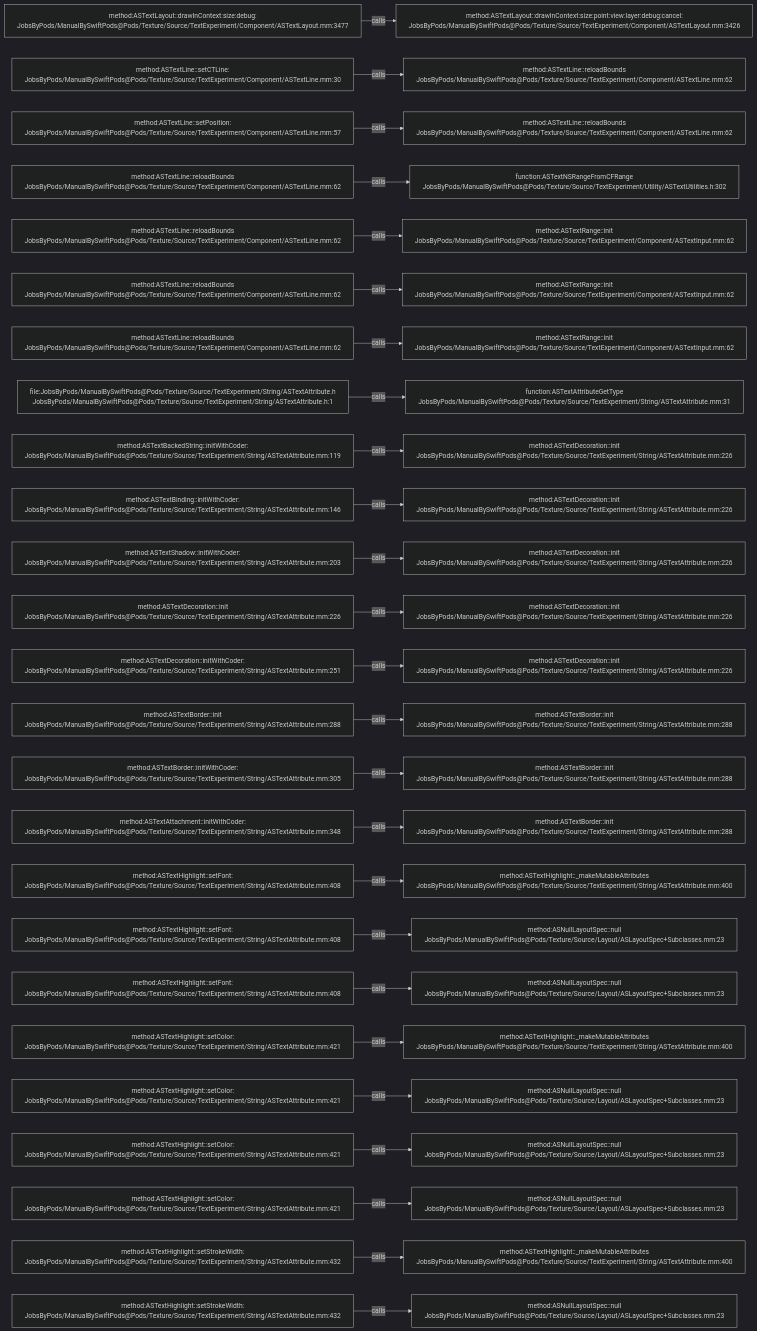
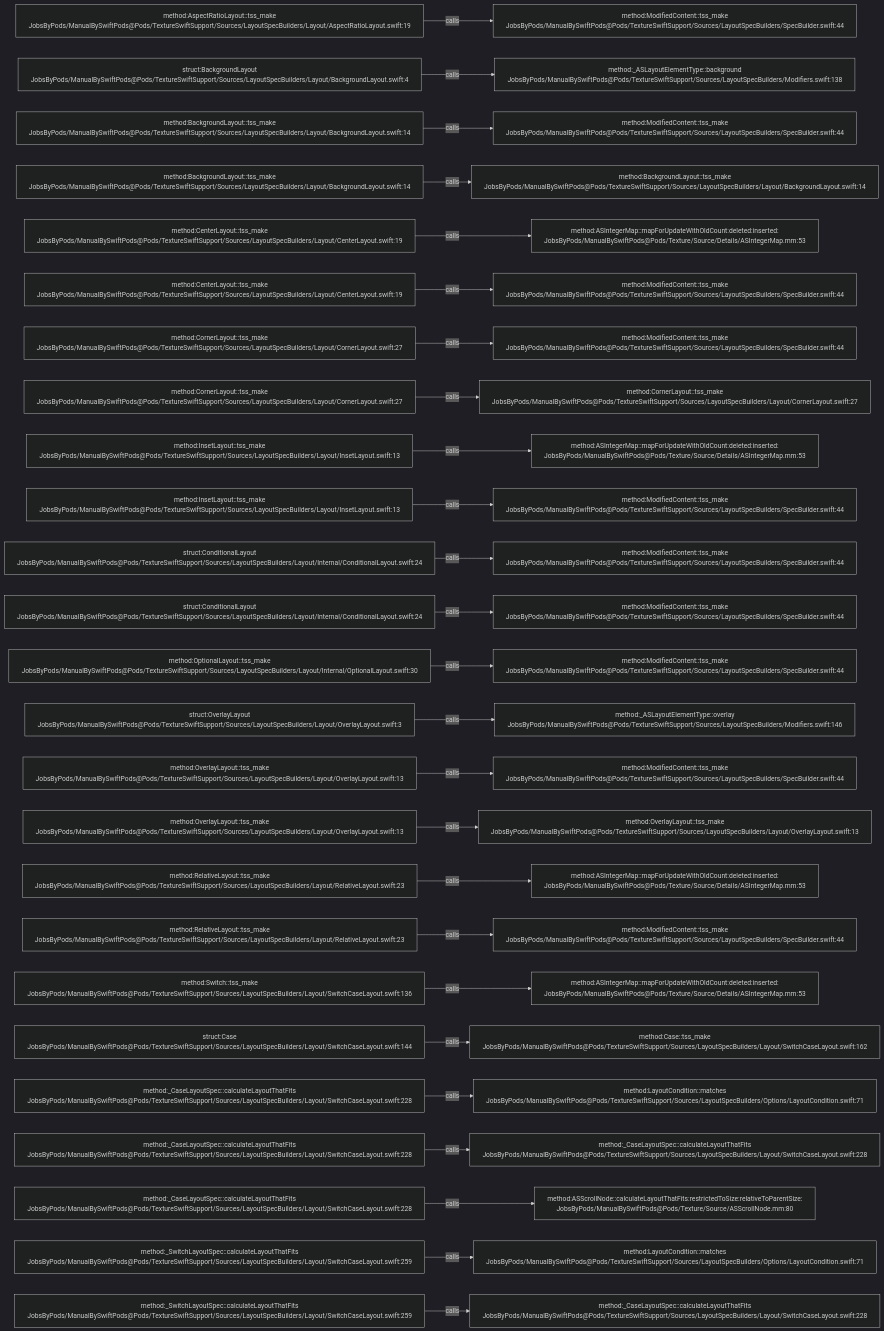
Before and after one commit to JobsKits/JobsSwiftBaseConfigDemo: the diagram in .codegraph/codegraph.md/graphs/calls-157.md, drawn with Mermaid (dark theme). The commit also changed 832 other files, not shown here.

````diff
--- a/.codegraph/codegraph.md/graphs/calls-157.md
+++ b/.codegraph/codegraph.md/graphs/calls-157.md
@@ -13,78 +13,78 @@
 ```mermaid
 flowchart LR
-  S1["method:ASTextLayout::drawInContext:size:debug:<br/>JobsByPods/ManualBySwiftPods@Pods/Texture/Source/TextExperiment/Component/ASTextLayout.mm:3477"]
-  T1["method:ASTextLayout::drawInContext:size:point:view:layer:debug:cancel:<br/>JobsByPods/ManualBySwiftPods@Pods/Texture/Source/TextExperiment/Component/ASTextLayout.mm:3426"]
+  S1["method:AspectRatioLayout::tss_make<br/>JobsByPods/ManualBySwiftPods@Pods/TextureSwiftSupport/Sources/LayoutSpecBuilders/Layout/AspectRatioLayout.swift:19"]
+  T1["method:ModifiedContent::tss_make<br/>JobsByPods/ManualBySwiftPods@Pods/TextureSwiftSupport/Sources/LayoutSpecBuilders/SpecBuilder.swift:44"]
   S1 -->|calls| T1
-  S2["method:ASTextLine::setCTLine:<br/>JobsByPods/ManualBySwiftPods@Pods/Texture/Source/TextExperiment/Component/ASTextLine.mm:30"]
-  T2["method:ASTextLine::reloadBounds<br/>JobsByPods/ManualBySwiftPods@Pods/Texture/Source/TextExperiment/Component/ASTextLine.mm:62"]
+  S2["struct:BackgroundLayout<br/>JobsByPods/ManualBySwiftPods@Pods/TextureSwiftSupport/Sources/LayoutSpecBuilders/Layout/BackgroundLayout.swift:4"]
+  T2["method:_ASLayoutElementType::background<br/>JobsByPods/ManualBySwiftPods@Pods/TextureSwiftSupport/Sources/LayoutSpecBuilders/Modifiers.swift:138"]
   S2 -->|calls| T2
-  S3["method:ASTextLine::setPosition:<br/>JobsByPods/ManualBySwiftPods@Pods/Texture/Source/TextExperiment/Component/ASTextLine.mm:57"]
-  T3["method:ASTextLine::reloadBounds<br/>JobsByPods/ManualBySwiftPods@Pods/Texture/Source/TextExperiment/Component/ASTextLine.mm:62"]
+  S3["method:BackgroundLayout::tss_make<br/>JobsByPods/ManualBySwiftPods@Pods/TextureSwiftSupport/Sources/LayoutSpecBuilders/Layout/BackgroundLayout.swift:14"]
+  T3["method:ModifiedContent::tss_make<br/>JobsByPods/ManualBySwiftPods@Pods/TextureSwiftSupport/Sources/LayoutSpecBuilders/SpecBuilder.swift:44"]
   S3 -->|calls| T3
-  S4["method:ASTextLine::reloadBounds<br/>JobsByPods/ManualBySwiftPods@Pods/Texture/Source/TextExperiment/Component/ASTextLine.mm:62"]
-  T4["function:ASTextNSRangeFromCFRange<br/>JobsByPods/ManualBySwiftPods@Pods/Texture/Source/TextExperiment/Utility/ASTextUtilities.h:302"]
+  S4["method:BackgroundLayout::tss_make<br/>JobsByPods/ManualBySwiftPods@Pods/TextureSwiftSupport/Sources/LayoutSpecBuilders/Layout/BackgroundLayout.swift:14"]
+  T4["method:BackgroundLayout::tss_make<br/>JobsByPods/ManualBySwiftPods@Pods/TextureSwiftSupport/Sources/LayoutSpecBuilders/Layout/BackgroundLayout.swift:14"]
   S4 -->|calls| T4
-  S5["method:ASTextLine::reloadBounds<br/>JobsByPods/ManualBySwiftPods@Pods/Texture/Source/TextExperiment/Component/ASTextLine.mm:62"]
-  T5["method:ASTextRange::init<br/>JobsByPods/ManualBySwiftPods@Pods/Texture/Source/TextExperiment/Component/ASTextInput.mm:62"]
+  S5["method:CenterLayout::tss_make<br/>JobsByPods/ManualBySwiftPods@Pods/TextureSwiftSupport/Sources/LayoutSpecBuilders/Layout/CenterLayout.swift:19"]
+  T5["method:ASIntegerMap::mapForUpdateWithOldCount:deleted:inserted:<br/>JobsByPods/ManualBySwiftPods@Pods/Texture/Source/Details/ASIntegerMap.mm:53"]
   S5 -->|calls| T5
-  S6["method:ASTextLine::reloadBounds<br/>JobsByPods/ManualBySwiftPods@Pods/Texture/Source/TextExperiment/Component/ASTextLine.mm:62"]
-  T6["method:ASTextRange::init<br/>JobsByPods/ManualBySwiftPods@Pods/Texture/Source/TextExperiment/Component/ASTextInput.mm:62"]
+  S6["method:CenterLayout::tss_make<br/>JobsByPods/ManualBySwiftPods@Pods/TextureSwiftSupport/Sources/LayoutSpecBuilders/Layout/CenterLayout.swift:19"]
+  T6["method:ModifiedContent::tss_make<br/>JobsByPods/ManualBySwiftPods@Pods/TextureSwiftSupport/Sources/LayoutSpecBuilders/SpecBuilder.swift:44"]
   S6 -->|calls| T6
-  S7["method:ASTextLine::reloadBounds<br/>JobsByPods/ManualBySwiftPods@Pods/Texture/Source/TextExperiment/Component/ASTextLine.mm:62"]
-  T7["method:ASTextRange::init<br/>JobsByPods/ManualBySwiftPods@Pods/Texture/Source/TextExperiment/Component/ASTextInput.mm:62"]
+  S7["method:CornerLayout::tss_make<br/>JobsByPods/ManualBySwiftPods@Pods/TextureSwiftSupport/Sources/LayoutSpecBuilders/Layout/CornerLayout.swift:27"]
+  T7["method:ModifiedContent::tss_make<br/>JobsByPods/ManualBySwiftPods@Pods/TextureSwiftSupport/Sources/LayoutSpecBuilders/SpecBuilder.swift:44"]
   S7 -->|calls| T7
-  S8["file:JobsByPods/ManualBySwiftPods@Pods/Texture/Source/TextExperiment/String/ASTextAttribute.h<br/>JobsByPods/ManualBySwiftPods@Pods/Texture/Source/TextExperiment/String/ASTextAttribute.h:1"]
-  T8["function:ASTextAttributeGetType<br/>JobsByPods/ManualBySwiftPods@Pods/Texture/Source/TextExperiment/String/ASTextAttribute.mm:31"]
+  S8["method:CornerLayout::tss_make<br/>JobsByPods/ManualBySwiftPods@Pods/TextureSwiftSupport/Sources/LayoutSpecBuilders/Layout/CornerLayout.swift:27"]
+  T8["method:CornerLayout::tss_make<br/>JobsByPods/ManualBySwiftPods@Pods/TextureSwiftSupport/Sources/LayoutSpecBuilders/Layout/CornerLayout.swift:27"]
   S8 -->|calls| T8
-  S9["method:ASTextBackedString::initWithCoder:<br/>JobsByPods/ManualBySwiftPods@Pods/Texture/Source/TextExperiment/String/ASTextAttribute.mm:119"]
-  T9["method:ASTextDecoration::init<br/>JobsByPods/ManualBySwiftPods@Pods/Texture/Source/TextExperiment/String/ASTextAttribute.mm:226"]
+  S9["method:InsetLayout::tss_make<br/>JobsByPods/ManualBySwiftPods@Pods/TextureSwiftSupport/Sources/LayoutSpecBuilders/Layout/InsetLayout.swift:13"]
+  T9["method:ASIntegerMap::mapForUpdateWithOldCount:deleted:inserted:<br/>JobsByPods/ManualBySwiftPods@Pods/Texture/Source/Details/ASIntegerMap.mm:53"]
   S9 -->|calls| T9
-  S10["method:ASTextBinding::initWithCoder:<br/>JobsByPods/ManualBySwiftPods@Pods/Texture/Source/TextExperiment/String/ASTextAttribute.mm:146"]
-  T10["method:ASTextDecoration::init<br/>JobsByPods/ManualBySwiftPods@Pods/Texture/Source/TextExperiment/String/ASTextAttribute.mm:226"]
+  S10["method:InsetLayout::tss_make<br/>JobsByPods/ManualBySwiftPods@Pods/TextureSwiftSupport/Sources/LayoutSpecBuilders/Layout/InsetLayout.swift:13"]
+  T10["method:ModifiedContent::tss_make<br/>JobsByPods/ManualBySwiftPods@Pods/TextureSwiftSupport/Sources/LayoutSpecBuilders/SpecBuilder.swift:44"]
   S10 -->|calls| T10
-  S11["method:ASTextShadow::initWithCoder:<br/>JobsByPods/ManualBySwiftPods@Pods/Texture/Source/TextExperiment/String/ASTextAttribute.mm:203"]
-  T11["method:ASTextDecoration::init<br/>JobsByPods/ManualBySwiftPods@Pods/Texture/Source/TextExperiment/String/ASTextAttribute.mm:226"]
+  S11["struct:ConditionalLayout<br/>JobsByPods/ManualBySwiftPods@Pods/TextureSwiftSupport/Sources/LayoutSpecBuilders/Layout/Internal/ConditionalLayout.swift:24"]
+  T11["method:ModifiedContent::tss_make<br/>JobsByPods/ManualBySwiftPods@Pods/TextureSwiftSupport/Sources/LayoutSpecBuilders/SpecBuilder.swift:44"]
   S11 -->|calls| T11
-  S12["method:ASTextDecoration::init<br/>JobsByPods/ManualBySwiftPods@Pods/Texture/Source/TextExperiment/String/ASTextAttribute.mm:226"]
-  T12["method:ASTextDecoration::init<br/>JobsByPods/ManualBySwiftPods@Pods/Texture/Source/TextExperiment/String/ASTextAttribute.mm:226"]
+  S12["struct:ConditionalLayout<br/>JobsByPods/ManualBySwiftPods@Pods/TextureSwiftSupport/Sources/LayoutSpecBuilders/Layout/Internal/ConditionalLayout.swift:24"]
+  T12["method:ModifiedContent::tss_make<br/>JobsByPods/ManualBySwiftPods@Pods/TextureSwiftSupport/Sources/LayoutSpecBuilders/SpecBuilder.swift:44"]
   S12 -->|calls| T12
-  S13["method:ASTextDecoration::initWithCoder:<br/>JobsByPods/ManualBySwiftPods@Pods/Texture/Source/TextExperiment/String/ASTextAttribute.mm:251"]
-  T13["method:ASTextDecoration::init<br/>JobsByPods/ManualBySwiftPods@Pods/Texture/Source/TextExperiment/String/ASTextAttribute.mm:226"]
+  S13["method:OptionalLayout::tss_make<br/>JobsByPods/ManualBySwiftPods@Pods/TextureSwiftSupport/Sources/LayoutSpecBuilders/Layout/Internal/OptionalLayout.swift:30"]
+  T13["method:ModifiedContent::tss_make<br/>JobsByPods/ManualBySwiftPods@Pods/TextureSwiftSupport/Sources/LayoutSpecBuilders/SpecBuilder.swift:44"]
   S13 -->|calls| T13
-  S14["method:ASTextBorder::init<br/>JobsByPods/ManualBySwiftPods@Pods/Texture/Source/TextExperiment/String/ASTextAttribute.mm:288"]
-  T14["method:ASTextBorder::init<br/>JobsByPods/ManualBySwiftPods@Pods/Texture/Source/TextExperiment/String/ASTextAttribute.mm:288"]
+  S14["struct:OverlayLayout<br/>JobsByPods/ManualBySwiftPods@Pods/TextureSwiftSupport/Sources/LayoutSpecBuilders/Layout/OverlayLayout.swift:3"]
+  T14["method:_ASLayoutElementType::overlay<br/>JobsByPods/ManualBySwiftPods@Pods/TextureSwiftSupport/Sources/LayoutSpecBuilders/Modifiers.swift:146"]
   S14 -->|calls| T14
-  S15["method:ASTextBorder::initWithCoder:<br/>JobsByPods/ManualBySwiftPods@Pods/Texture/Source/TextExperiment/String/ASTextAttribute.mm:305"]
-  T15["method:ASTextBorder::init<br/>JobsByPods/ManualBySwiftPods@Pods/Texture/Source/TextExperiment/String/ASTextAttribute.mm:288"]
+  S15["method:OverlayLayout::tss_make<br/>JobsByPods/ManualBySwiftPods@Pods/TextureSwiftSupport/Sources/LayoutSpecBuilders/Layout/OverlayLayout.swift:13"]
+  T15["method:ModifiedContent::tss_make<br/>JobsByPods/ManualBySwiftPods@Pods/TextureSwiftSupport/Sources/LayoutSpecBuilders/SpecBuilder.swift:44"]
   S15 -->|calls| T15
-  S16["method:ASTextAttachment::initWithCoder:<br/>JobsByPods/ManualBySwiftPods@Pods/Texture/Source/TextExperiment/String/ASTextAttribute.mm:348"]
-  T16["method:ASTextBorder::init<br/>JobsByPods/ManualBySwiftPods@Pods/Texture/Source/TextExperiment/String/ASTextAttribute.mm:288"]
+  S16["method:OverlayLayout::tss_make<br/>JobsByPods/ManualBySwiftPods@Pods/TextureSwiftSupport/Sources/LayoutSpecBuilders/Layout/OverlayLayout.swift:13"]
+  T16["method:OverlayLayout::tss_make<br/>JobsByPods/ManualBySwiftPods@Pods/TextureSwiftSupport/Sources/LayoutSpecBuilders/Layout/OverlayLayout.swift:13"]
   S16 -->|calls| T16
-  S17["method:ASTextHighlight::setFont:<br/>JobsByPods/ManualBySwiftPods@Pods/Texture/Source/TextExperiment/String/ASTextAttribute.mm:408"]
-  T17["method:ASTextHighlight::_makeMutableAttributes<br/>JobsByPods/ManualBySwiftPods@Pods/Texture/Source/TextExperiment/String/ASTextAttribute.mm:400"]
+  S17["method:RelativeLayout::tss_make<br/>JobsByPods/ManualBySwiftPods@Pods/TextureSwiftSupport/Sources/LayoutSpecBuilders/Layout/RelativeLayout.swift:23"]
+  T17["method:ASIntegerMap::mapForUpdateWithOldCount:deleted:inserted:<br/>JobsByPods/ManualBySwiftPods@Pods/Texture/Source/Details/ASIntegerMap.mm:53"]
   S17 -->|calls| T17
-  S18["method:ASTextHighlight::setFont:<br/>JobsByPods/ManualBySwiftPods@Pods/Texture/Source/TextExperiment/String/ASTextAttribute.mm:408"]
-  T18["method:ASNullLayoutSpec::null<br/>JobsByPods/ManualBySwiftPods@Pods/Texture/Source/Layout/ASLayoutSpec+Subclasses.mm:23"]
+  S18["method:RelativeLayout::tss_make<br/>JobsByPods/ManualBySwiftPods@Pods/TextureSwiftSupport/Sources/LayoutSpecBuilders/Layout/RelativeLayout.swift:23"]
+  T18["method:ModifiedContent::tss_make<br/>JobsByPods/ManualBySwiftPods@Pods/TextureSwiftSupport/Sources/LayoutSpecBuilders/SpecBuilder.swift:44"]
   S18 -->|calls| T18
-  S19["method:ASTextHighlight::setFont:<br/>JobsByPods/ManualBySwiftPods@Pods/Texture/Source/TextExperiment/String/ASTextAttribute.mm:408"]
-  T19["method:ASNullLayoutSpec::null<br/>JobsByPods/ManualBySwiftPods@Pods/Texture/Source/Layout/ASLayoutSpec+Subclasses.mm:23"]
+  S19["method:Switch::tss_make<br/>JobsByPods/ManualBySwiftPods@Pods/TextureSwiftSupport/Sources/LayoutSpecBuilders/Layout/SwitchCaseLayout.swift:136"]
+  T19["method:ASIntegerMap::mapForUpdateWithOldCount:deleted:inserted:<br/>JobsByPods/ManualBySwiftPods@Pods/Texture/Source/Details/ASIntegerMap.mm:53"]
   S19 -->|calls| T19
-  S20["method:ASTextHighlight::setColor:<br/>JobsByPods/ManualBySwiftPods@Pods/Texture/Source/TextExperiment/String/ASTextAttribute.mm:421"]
-  T20["method:ASTextHighlight::_makeMutableAttributes<br/>JobsByPods/ManualBySwiftPods@Pods/Texture/Source/TextExperiment/String/ASTextAttribute.mm:400"]
+  S20["struct:Case<br/>JobsByPods/ManualBySwiftPods@Pods/TextureSwiftSupport/Sources/LayoutSpecBuilders/Layout/SwitchCaseLayout.swift:144"]
+  T20["method:Case::tss_make<br/>JobsByPods/ManualBySwiftPods@Pods/TextureSwiftSupport/Sources/LayoutSpecBuilders/Layout/SwitchCaseLayout.swift:162"]
   S20 -->|calls| T20
-  S21["method:ASTextHighlight::setColor:<br/>JobsByPods/ManualBySwiftPods@Pods/Texture/Source/TextExperiment/String/ASTextAttribute.mm:421"]
-  T21["method:ASNullLayoutSpec::null<br/>JobsByPods/ManualBySwiftPods@Pods/Texture/Source/Layout/ASLayoutSpec+Subclasses.mm:23"]
+  S21["method:_CaseLayoutSpec::calculateLayoutThatFits<br/>JobsByPods/ManualBySwiftPods@Pods/TextureSwiftSupport/Sources/LayoutSpecBuilders/Layout/SwitchCaseLayout.swift:228"]
+  T21["method:LayoutCondition::matches<br/>JobsByPods/ManualBySwiftPods@Pods/TextureSwiftSupport/Sources/LayoutSpecBuilders/Options/LayoutCondition.swift:71"]
   S21 -->|calls| T21
-  S22["method:ASTextHighlight::setColor:<br/>JobsByPods/ManualBySwiftPods@Pods/Texture/Source/TextExperiment/String/ASTextAttribute.mm:421"]
-  T22["method:ASNullLayoutSpec::null<br/>JobsByPods/ManualBySwiftPods@Pods/Texture/Source/Layout/ASLayoutSpec+Subclasses.mm:23"]
+  S22["method:_CaseLayoutSpec::calculateLayoutThatFits<br/>JobsByPods/ManualBySwiftPods@Pods/TextureSwiftSupport/Sources/LayoutSpecBuilders/Layout/SwitchCaseLayout.swift:228"]
+  T22["method:_CaseLayoutSpec::calculateLayoutThatFits<br/>JobsByPods/ManualBySwiftPods@Pods/TextureSwiftSupport/Sources/LayoutSpecBuilders/Layout/SwitchCaseLayout.swift:228"]
   S22 -->|calls| T22
-  S23["method:ASTextHighlight::setColor:<br/>JobsByPods/ManualBySwiftPods@Pods/Texture/Source/TextExperiment/String/ASTextAttribute.mm:421"]
-  T23["method:ASNullLayoutSpec::null<br/>JobsByPods/ManualBySwiftPods@Pods/Texture/Source/Layout/ASLayoutSpec+Subclasses.mm:23"]
+  S23["method:_CaseLayoutSpec::calculateLayoutThatFits<br/>JobsByPods/ManualBySwiftPods@Pods/TextureSwiftSupport/Sources/LayoutSpecBuilders/Layout/SwitchCaseLayout.swift:228"]
+  T23["method:ASScrollNode::calculateLayoutThatFits:restrictedToSize:relativeToParentSize:<br/>JobsByPods/ManualBySwiftPods@Pods/Texture/Source/ASScrollNode.mm:80"]
   S23 -->|calls| T23
-  S24["method:ASTextHighlight::setStrokeWidth:<br/>JobsByPods/ManualBySwiftPods@Pods/Texture/Source/TextExperiment/String/ASTextAttribute.mm:432"]
-  T24["method:ASTextHighlight::_makeMutableAttributes<br/>JobsByPods/ManualBySwiftPods@Pods/Texture/Source/TextExperiment/String/ASTextAttribute.mm:400"]
+  S24["method:_SwitchLayoutSpec::calculateLayoutThatFits<br/>JobsByPods/ManualBySwiftPods@Pods/TextureSwiftSupport/Sources/LayoutSpecBuilders/Layout/SwitchCaseLayout.swift:259"]
+  T24["method:LayoutCondition::matches<br/>JobsByPods/ManualBySwiftPods@Pods/TextureSwiftSupport/Sources/LayoutSpecBuilders/Options/LayoutCondition.swift:71"]
   S24 -->|calls| T24
-  S25["method:ASTextHighlight::setStrokeWidth:<br/>JobsByPods/ManualBySwiftPods@Pods/Texture/Source/TextExperiment/String/ASTextAttribute.mm:432"]
-  T25["method:ASNullLayoutSpec::null<br/>JobsByPods/ManualBySwiftPods@Pods/Texture/Source/Layout/ASLayoutSpec+Subclasses.mm:23"]
+  S25["method:_SwitchLayoutSpec::calculateLayoutThatFits<br/>JobsByPods/ManualBySwiftPods@Pods/TextureSwiftSupport/Sources/LayoutSpecBuilders/Layout/SwitchCaseLayout.swift:259"]
+  T25["method:_CaseLayoutSpec::calculateLayoutThatFits<br/>JobsByPods/ManualBySwiftPods@Pods/TextureSwiftSupport/Sources/LayoutSpecBuilders/Layout/SwitchCaseLayout.swift:228"]
   S25 -->|calls| T25
 ```
````
